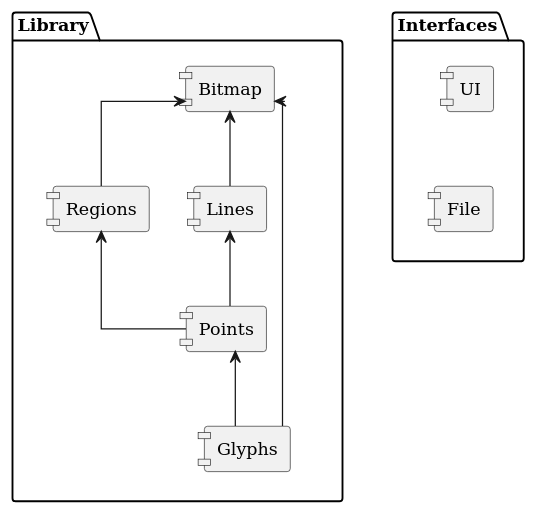
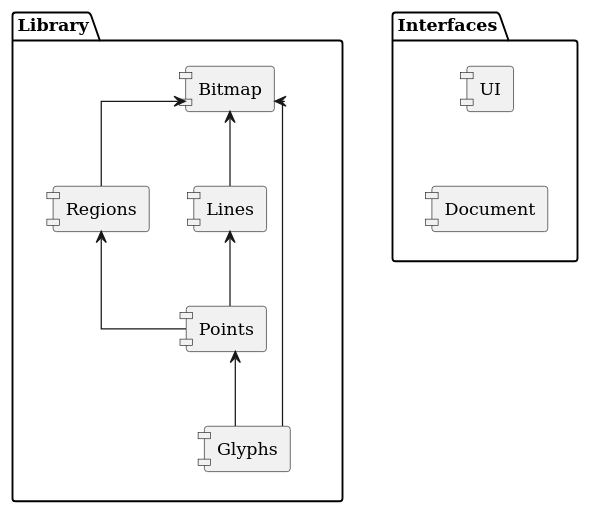
Before and after one commit to zwerdlds/GlyphMosaic: the diagram in documentation/Specification/diagrams/top_level_modules.plantuml, drawn with PlantUML. The commit also changed 4 other files, not shown here.

```diff
--- a/documentation/Specification/diagrams/top_level_modules.plantuml
+++ b/documentation/Specification/diagrams/top_level_modules.plantuml
@@ -1,31 +1,31 @@
 @startuml
 skinparam componentStyle uml1
 skinparam defaultFontName DejaVu Serif
 skinparam linetype ortho
 
 package "Interfaces" as intf {
     component "UI" as ui
-    component "File" as file
+    component "Document" as file
 
     file -u[hidden]- ui
 }
 
 package "Library" as lib {
     component "Bitmap" as bmp
     component "Regions" as reg
     component "Lines" as line
     component "Points" as pts
     component "Glyphs" as gly
 }
 
 lib -r[hidden]-> intf
 
 line -u-> bmp
 reg -u-> bmp
 pts -u-> line
 gly -u-> pts
 gly -u-> bmp
 pts -u-> reg
 
 
 @enduml
```
